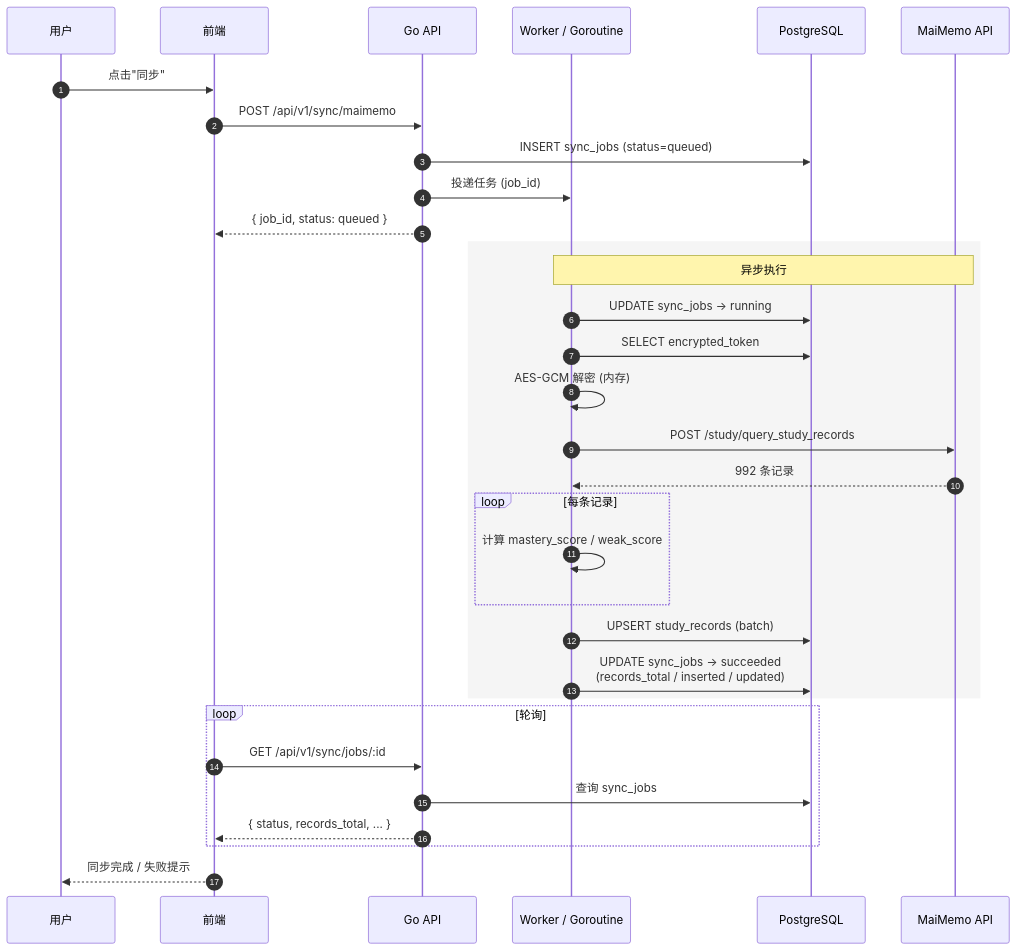
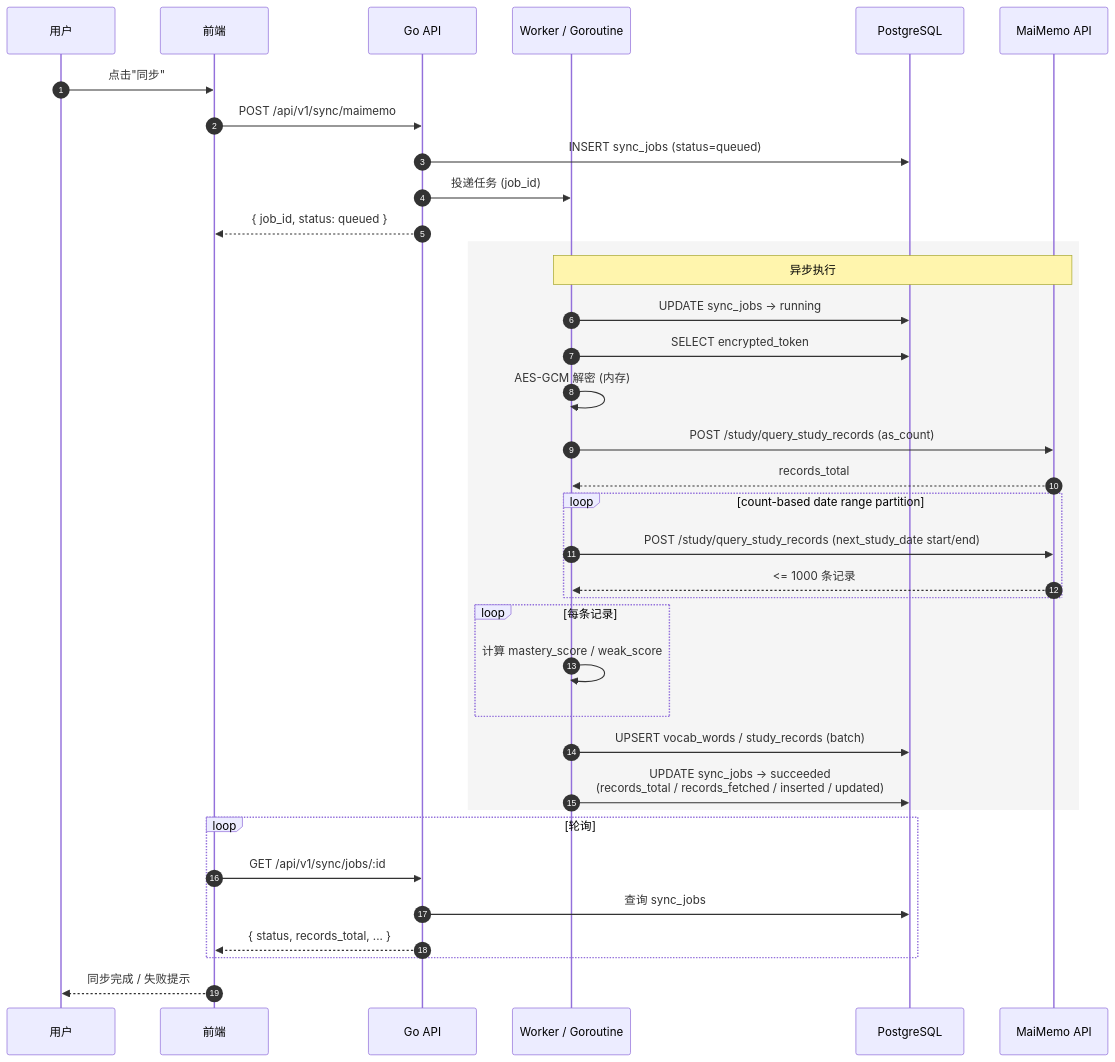
The first of 2 diagrams in docs/04-api.md (52xiaohui/LexiForge), drawn with Mermaid before and after one commit. The commit also changed other lines of this file and 3 other files, not shown here.

Commit message:
docs: update MaiMemo sync design

````diff
--- a/docs/04-api.md
+++ b/docs/04-api.md
@@ -399,37 +425,41 @@
 ```mermaid
 sequenceDiagram
     autonumber
     participant U as 用户
     participant FE as 前端
     participant API as Go API
     participant Q as Worker / Goroutine
     participant DB as PostgreSQL
     participant MAI as MaiMemo API
 
     U->>FE: 点击"同步"
     FE->>API: POST /api/v1/sync/maimemo
     API->>DB: INSERT sync_jobs (status=queued)
     API->>Q: 投递任务 (job_id)
     API-->>FE: { job_id, status: queued }
 
     rect rgb(245,245,245)
     Note over Q,MAI: 异步执行
     Q->>DB: UPDATE sync_jobs → running
     Q->>DB: SELECT encrypted_token
     Q->>Q: AES-GCM 解密 (内存)
-    Q->>MAI: POST /study/query_study_records
-    MAI-->>Q: 992 条记录
+    Q->>MAI: POST /study/query_study_records (as_count)
+    MAI-->>Q: records_total
+    loop count-based date range partition
+        Q->>MAI: POST /study/query_study_records (next_study_date start/end)
+        MAI-->>Q: <= 1000 条记录
+    end
     loop 每条记录
         Q->>Q: 计算 mastery_score / weak_score
     end
-    Q->>DB: UPSERT study_records (batch)
-    Q->>DB: UPDATE sync_jobs → succeeded<br/>(records_total / inserted / updated)
+    Q->>DB: UPSERT vocab_words / study_records (batch)
+    Q->>DB: UPDATE sync_jobs → succeeded<br/>(records_total / records_fetched / inserted / updated)
     end
 
     loop 轮询
         FE->>API: GET /api/v1/sync/jobs/:id
         API->>DB: 查询 sync_jobs
         API-->>FE: { status, records_total, ... }
     end
     FE-->>U: 同步完成 / 失败提示
 ```
````
